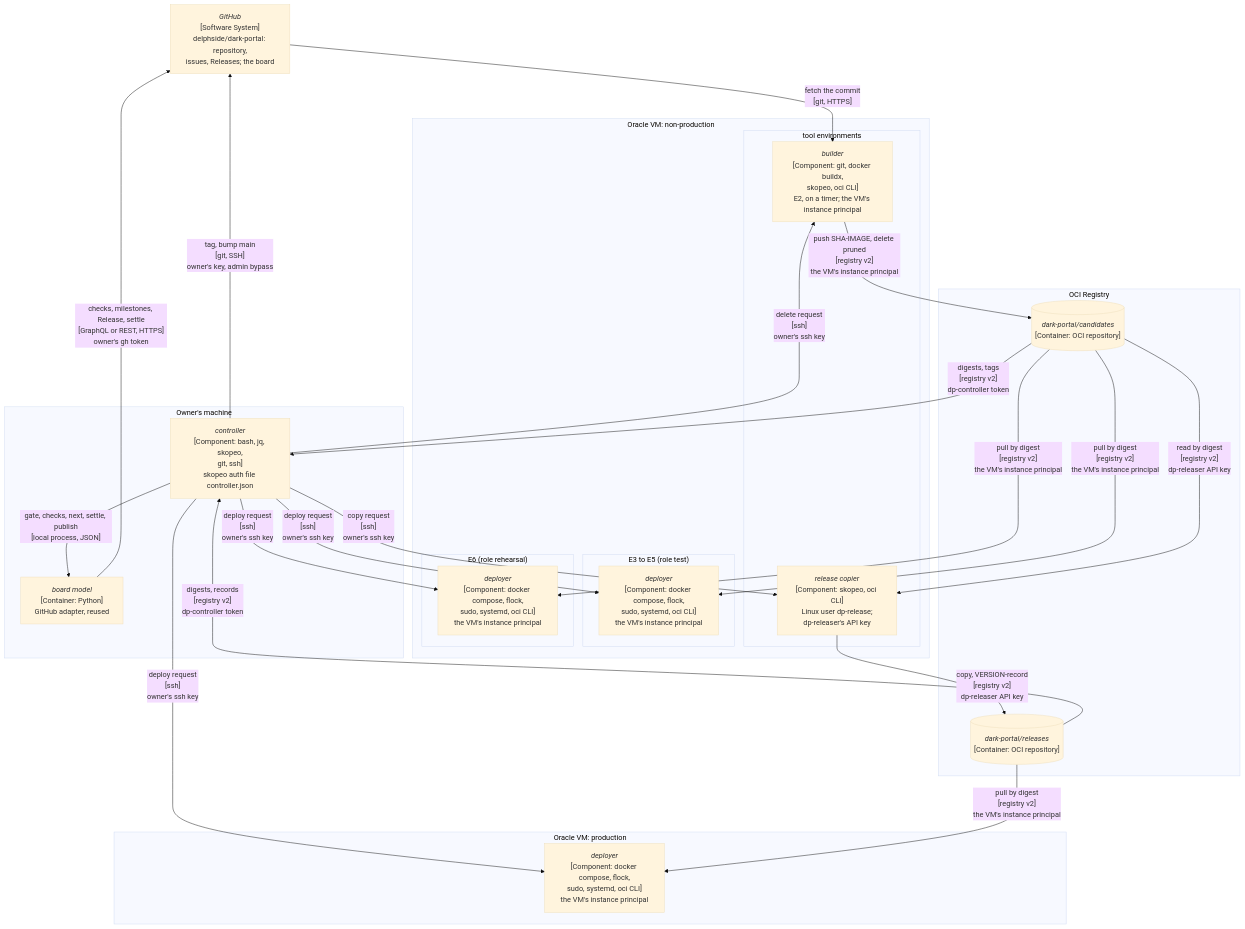
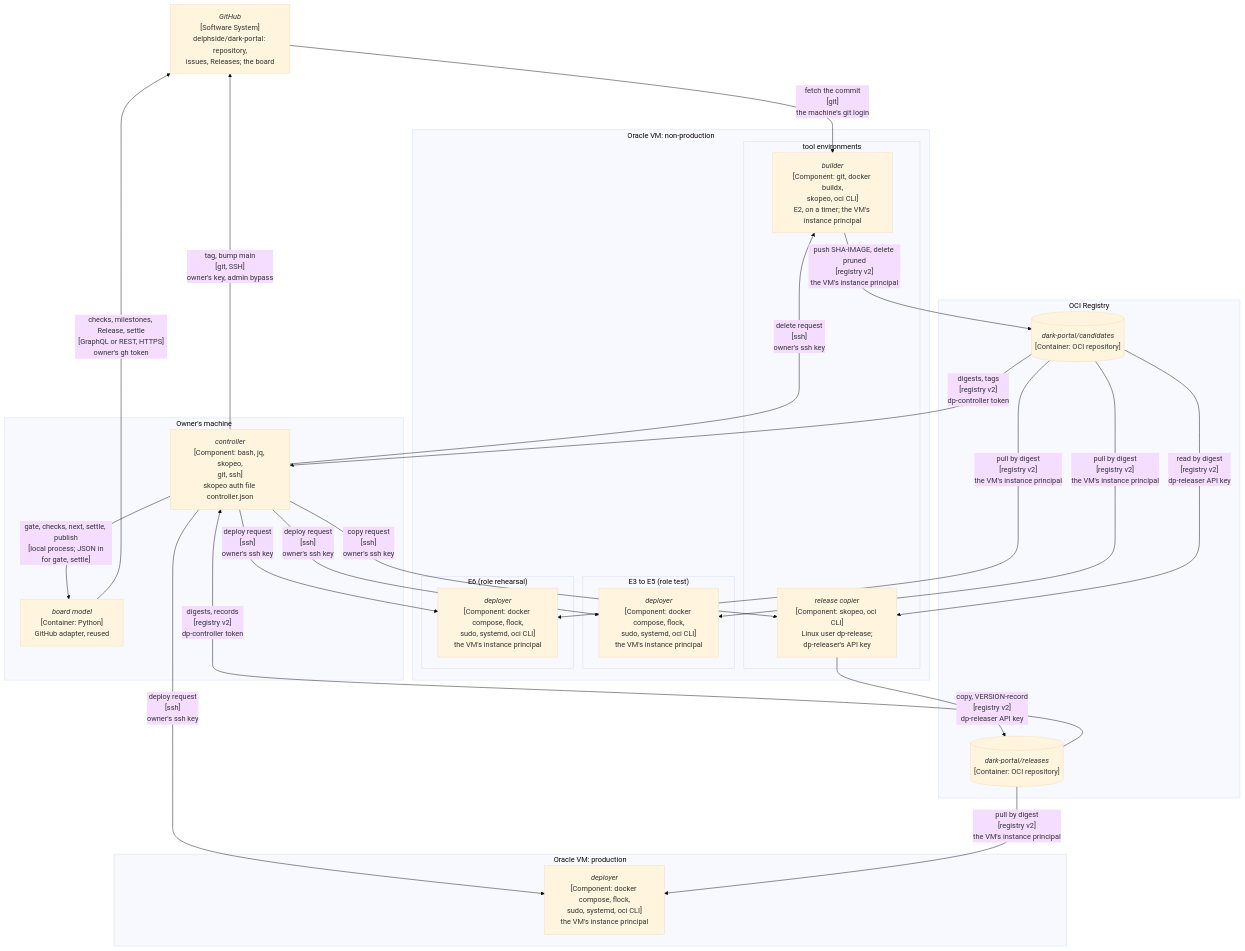
One commit to delphside/programme changed the fourth of 6 diagrams in records/2.5-changes/programme-tooling/117-generic-deliver-tool/design.md. Above: the diagram before and after it, drawn with Mermaid (base theme). The commit also changed other lines of this file and 1 other file, not shown here.

````diff
--- a/records/2.5-changes/programme-tooling/117-generic-deliver-tool/design.md
+++ b/records/2.5-changes/programme-tooling/117-generic-deliver-tool/design.md
@@ -241,44 +242,44 @@
 ```mermaid
 flowchart TB
   GH["<i>GitHub</i><br>[Software System]<br>delphside/dark-portal: repository,<br>issues, Releases; the board"]
   subgraph OWNER["Owner's machine"]
     CTL["<i>controller</i><br>[Component: bash, jq, skopeo,<br>git, ssh]<br>skopeo auth file controller.json"]
     BM["<i>board model</i><br>[Container: Python]<br>GitHub adapter, reused"]
   end
   subgraph OCIR["OCI Registry"]
     CAND[("<i>dark-portal/candidates</i><br>[Container: OCI repository]")]
     REL[("<i>dark-portal/releases</i><br>[Container: OCI repository]")]
   end
   subgraph NONPROD["Oracle VM: non-production"]
     subgraph TOOLS["tool environments"]
       BLD["<i>builder</i><br>[Component: git, docker buildx,<br>skopeo, oci CLI]<br>E2, on a timer; the VM's instance principal"]
       COPY["<i>release copier</i><br>[Component: skopeo, oci CLI]<br>Linux user dp-release;<br>dp-releaser's API key"]
     end
     subgraph TEST["E3 to E5 (role test)"]
       DEPT["<i>deployer</i><br>[Component: docker compose, flock,<br>sudo, systemd, oci CLI]<br>the VM's instance principal"]
     end
     subgraph REH["E6 (role rehearsal)"]
       DEPR["<i>deployer</i><br>[Component: docker compose, flock,<br>sudo, systemd, oci CLI]<br>the VM's instance principal"]
     end
   end
   subgraph PRODVM["Oracle VM: production"]
     DEPX["<i>deployer</i><br>[Component: docker compose, flock,<br>sudo, systemd, oci CLI]<br>the VM's instance principal"]
   end
-  GH -->|"fetch the commit<br>[git, HTTPS]"| BLD
-  CTL -->|"gate, checks, next, settle, publish<br>[local process, JSON]"| BM
+  GH -->|"fetch the commit<br>[git]<br>the machine's git login"| BLD
+  CTL -->|"gate, checks, next, settle, publish<br>[local process; JSON in<br>for gate, settle]"| BM
   BM -->|"checks, milestones, Release, settle<br>[GraphQL or REST, HTTPS]<br>owner's gh token"| GH
   CTL -->|"tag, bump main<br>[git, SSH]<br>owner's key, admin bypass"| GH
   BLD -->|"push SHA-IMAGE, delete pruned<br>[registry v2]<br>the VM's instance principal"| CAND
   CAND -->|"digests, tags<br>[registry v2]<br>dp-controller token"| CTL
   REL -->|"digests, records<br>[registry v2]<br>dp-controller token"| CTL
   CTL -->|"delete request<br>[ssh]<br>owner's ssh key"| BLD
   CTL -->|"copy request<br>[ssh]<br>owner's ssh key"| COPY
   CAND -->|"read by digest<br>[registry v2]<br>dp-releaser API key"| COPY
   COPY -->|"copy, VERSION-record<br>[registry v2]<br>dp-releaser API key"| REL
   CTL -->|"deploy request<br>[ssh]<br>owner's ssh key"| DEPT
   CTL -->|"deploy request<br>[ssh]<br>owner's ssh key"| DEPR
   CTL -->|"deploy request<br>[ssh]<br>owner's ssh key"| DEPX
   CAND -->|"pull by digest<br>[registry v2]<br>the VM's instance principal"| DEPT
   CAND -->|"pull by digest<br>[registry v2]<br>the VM's instance principal"| DEPR
   REL -->|"pull by digest<br>[registry v2]<br>the VM's instance principal"| DEPX
 ```
````
